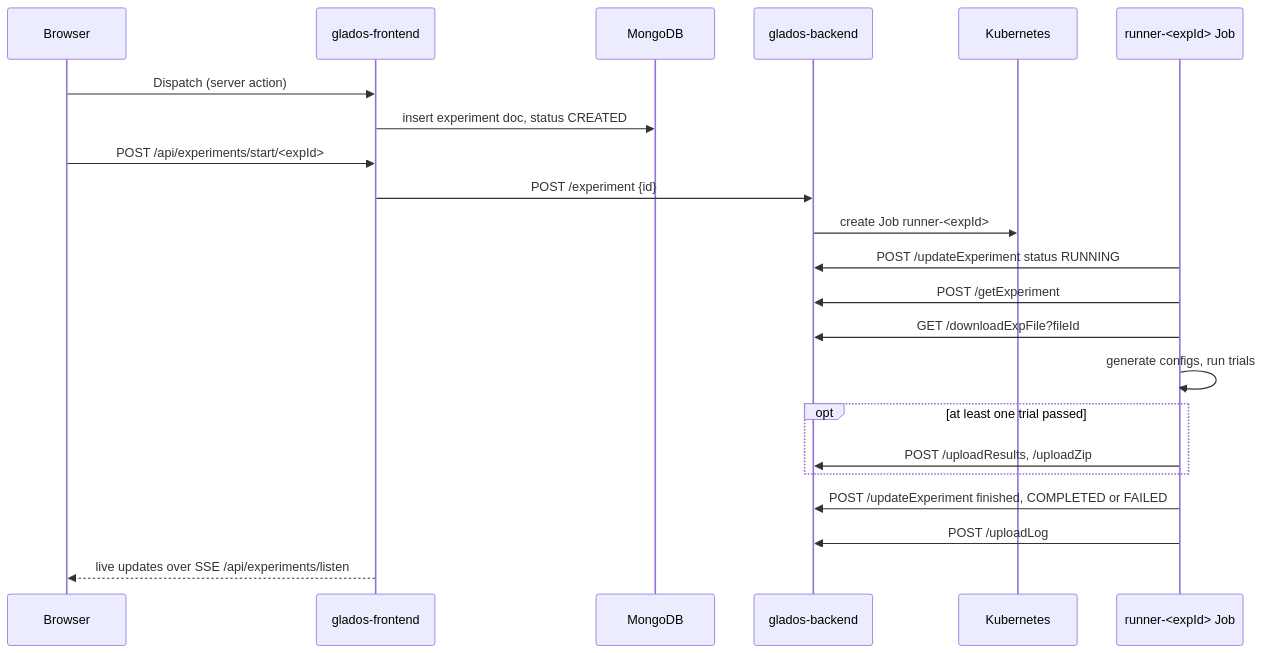
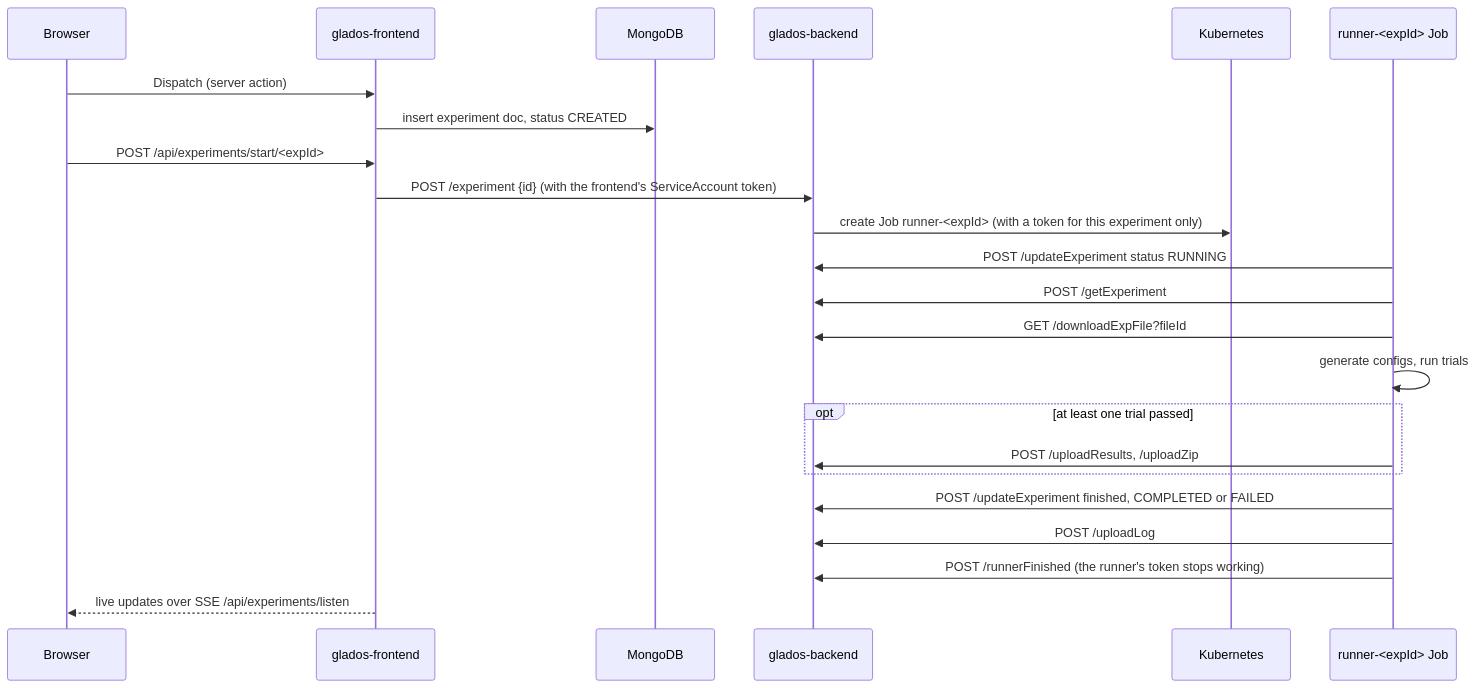
One commit to AutomatingSciencePipeline/Monorepo changed the diagram in docs/docs/tutorial/experiment_walkthrough.md. Above: the diagram before and after it, drawn with Mermaid. The commit also changed 7 other files, not shown here.

````diff
--- a/docs/docs/tutorial/experiment_walkthrough.md
+++ b/docs/docs/tutorial/experiment_walkthrough.md
@@ -114,24 +114,25 @@
 ```mermaid
 sequenceDiagram
     participant UI as Browser
     participant FE as glados-frontend
     participant DB as MongoDB
     participant BE as glados-backend
     participant K8s as Kubernetes
     participant R as runner-<expId> Job
     UI->>FE: Dispatch (server action)
     FE->>DB: insert experiment doc, status CREATED
     UI->>FE: POST /api/experiments/start/<expId>
-    FE->>BE: POST /experiment {id}
-    BE->>K8s: create Job runner-<expId>
+    FE->>BE: POST /experiment {id} (with the frontend's ServiceAccount token)
+    BE->>K8s: create Job runner-<expId> (with a token for this experiment only)
     R->>BE: POST /updateExperiment status RUNNING
     R->>BE: POST /getExperiment
     R->>BE: GET /downloadExpFile?fileId
     R->>R: generate configs, run trials
     opt at least one trial passed
         R->>BE: POST /uploadResults, /uploadZip
     end
     R->>BE: POST /updateExperiment finished, COMPLETED or FAILED
     R->>BE: POST /uploadLog
+    R->>BE: POST /runnerFinished (the runner's token stops working)
     FE-->>UI: live updates over SSE /api/experiments/listen
 ```
````
